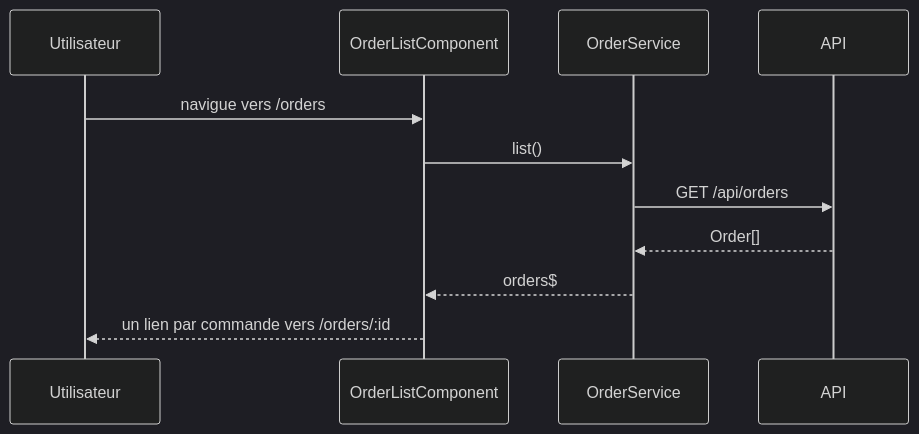
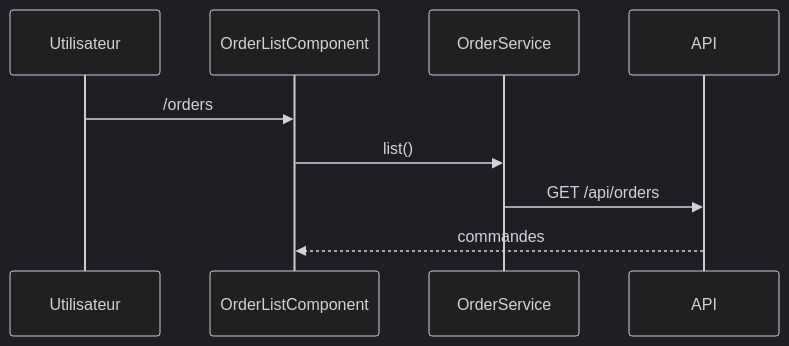
The diagram in tests/Fixtures/drafts/angular-minimal/page.route.orders.draft.md (jul6art/devtools), drawn with Mermaid (dark theme) before and after one commit. The commit also changed other lines of this file and 253 other files, not shown here.

````diff
--- a/tests/Fixtures/drafts/angular-minimal/page.route.orders.draft.md
+++ b/tests/Fixtures/drafts/angular-minimal/page.route.orders.draft.md
@@ -17,13 +16,11 @@
 ```mermaid
 sequenceDiagram
   participant U as Utilisateur
   participant L as OrderListComponent
   participant S as OrderService
   participant A as API
-  U->>L: navigue vers /orders
+  U->>L: /orders
   L->>S: list()
   S->>A: GET /api/orders
-  A-->>S: Order[]
-  S-->>L: orders$
-  L-->>U: un lien par commande vers /orders/:id
+  A-->>L: commandes
 ```
````
